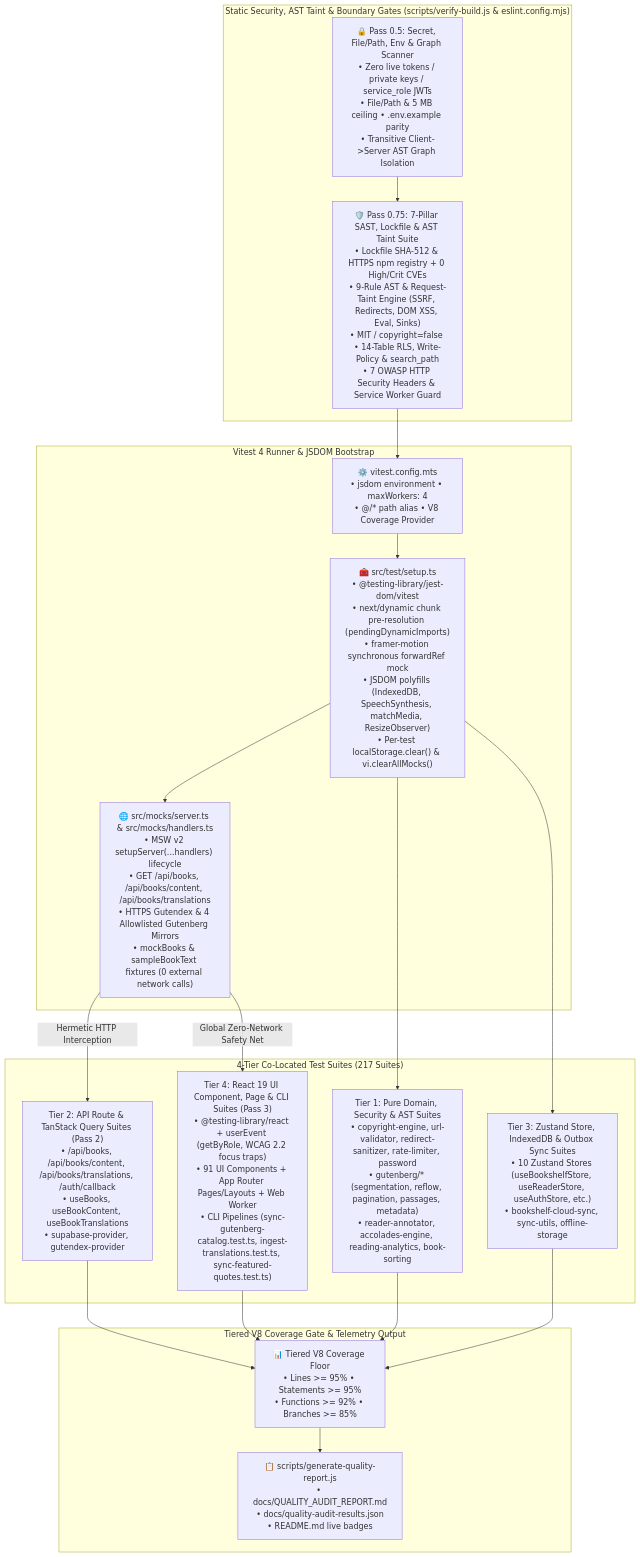
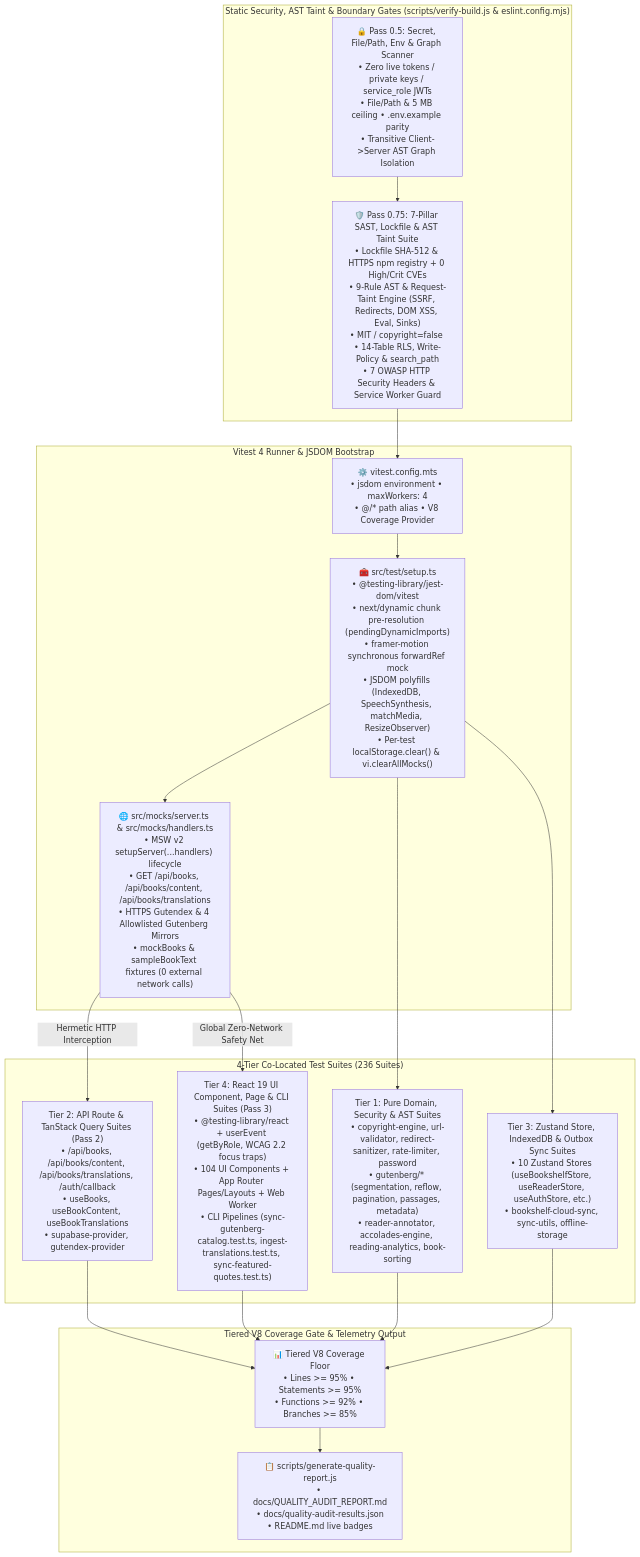
The ninth of 12 diagrams in docs/ARCHITECTURE.md (calin-m/Bookarium), drawn with Mermaid before and after one commit. The commit also changed other lines of this file and 73 other files, not shown here.

First line of the commit message:
refactor(architecture): dynamic AST/SQL matrix extraction & 4-tier DRY subcomponentization

````diff
--- a/docs/ARCHITECTURE.md
+++ b/docs/ARCHITECTURE.md
@@ -1111,39 +1133,39 @@
 ```mermaid
 flowchart TD
     subgraph SecurityGates ["Static Security, AST Taint & Boundary Gates (scripts/verify-build.js & eslint.config.mjs)"]
         Pass05["🔒 Pass 0.5: Secret, File/Path, Env & Graph Scanner\n• Zero live tokens / private keys / service_role JWTs\n• File/Path & 5 MB ceiling • .env.example parity\n• Transitive Client->Server AST Graph Isolation"]
         Pass075["🛡️ Pass 0.75: 7-Pillar SAST, Lockfile & AST Taint Suite\n• Lockfile SHA-512 & HTTPS npm registry + 0 High/Crit CVEs\n• 9-Rule AST & Request-Taint Engine (SSRF, Redirects, DOM XSS, Eval, Sinks)\n• MIT / copyright=false • 14-Table RLS, Write-Policy & search_path\n• 7 OWASP HTTP Security Headers & Service Worker Guard"]
     end
 
     subgraph TestRunner ["Vitest 4 Runner & JSDOM Bootstrap"]
         VitestCfg["⚙️ vitest.config.mts\n• jsdom environment • maxWorkers: 4\n• @/* path alias • V8 Coverage Provider"]
         TestSetup["🧰 src/test/setup.ts\n• @testing-library/jest-dom/vitest\n• next/dynamic chunk pre-resolution (pendingDynamicImports)\n• framer-motion synchronous forwardRef mock\n• JSDOM polyfills (IndexedDB, SpeechSynthesis, matchMedia, ResizeObserver)\n• Per-test localStorage.clear() & vi.clearAllMocks()"]
         MSWServer["🌐 src/mocks/server.ts & src/mocks/handlers.ts\n• MSW v2 setupServer(...handlers) lifecycle\n• GET /api/books, /api/books/content, /api/books/translations\n• HTTPS Gutendex & 4 Allowlisted Gutenberg Mirrors\n• mockBooks & sampleBookText fixtures (0 external network calls)"]
     end
 
-    subgraph TestTiers ["4-Tier Co-Located Test Suites (217 Suites)"]
+    subgraph TestTiers ["4-Tier Co-Located Test Suites (236 Suites)"]
         Tier1["Tier 1: Pure Domain, Security & AST Suites\n• copyright-engine, url-validator, redirect-sanitizer, rate-limiter, password\n• gutenberg/* (segmentation, reflow, pagination, passages, metadata)\n• reader-annotator, accolades-engine, reading-analytics, book-sorting"]
         Tier2["Tier 2: API Route & TanStack Query Suites (Pass 2)\n• /api/books, /api/books/content, /api/books/translations, /auth/callback\n• useBooks, useBookContent, useBookTranslations\n• supabase-provider, gutendex-provider"]
         Tier3["Tier 3: Zustand Store, IndexedDB & Outbox Sync Suites\n• 10 Zustand Stores (useBookshelfStore, useReaderStore, useAuthStore, etc.)\n• bookshelf-cloud-sync, sync-utils, offline-storage"]
-        Tier4["Tier 4: React 19 UI Component, Page & CLI Suites (Pass 3)\n• @testing-library/react + userEvent (getByRole, WCAG 2.2 focus traps)\n• 91 UI Components + App Router Pages/Layouts + Web Worker\n• CLI Pipelines (sync-gutenberg-catalog.test.ts, ingest-translations.test.ts, sync-featured-quotes.test.ts)"]
+        Tier4["Tier 4: React 19 UI Component, Page & CLI Suites (Pass 3)\n• @testing-library/react + userEvent (getByRole, WCAG 2.2 focus traps)\n• 104 UI Components + App Router Pages/Layouts + Web Worker\n• CLI Pipelines (sync-gutenberg-catalog.test.ts, ingest-translations.test.ts, sync-featured-quotes.test.ts)"]
     end
 
     subgraph CoverageGate ["Tiered V8 Coverage Gate & Telemetry Output"]
         V8Thresholds["📊 Tiered V8 Coverage Floor\n• Lines >= 95% • Statements >= 95%\n• Functions >= 92% • Branches >= 85%"]
         QualityReport["📋 scripts/generate-quality-report.js\n• docs/QUALITY_AUDIT_REPORT.md\n• docs/quality-audit-results.json\n• README.md live badges"]
     end
 
     Pass05 --> Pass075
     Pass075 --> VitestCfg
     VitestCfg --> TestSetup
     TestSetup --> MSWServer
     TestSetup --> Tier1
     MSWServer -->|"Hermetic HTTP Interception"| Tier2
     TestSetup --> Tier3
     MSWServer -->|"Global Zero-Network Safety Net"| Tier4
     Tier1 --> V8Thresholds
     Tier2 --> V8Thresholds
     Tier3 --> V8Thresholds
     Tier4 --> V8Thresholds
     V8Thresholds --> QualityReport
 ```
````
